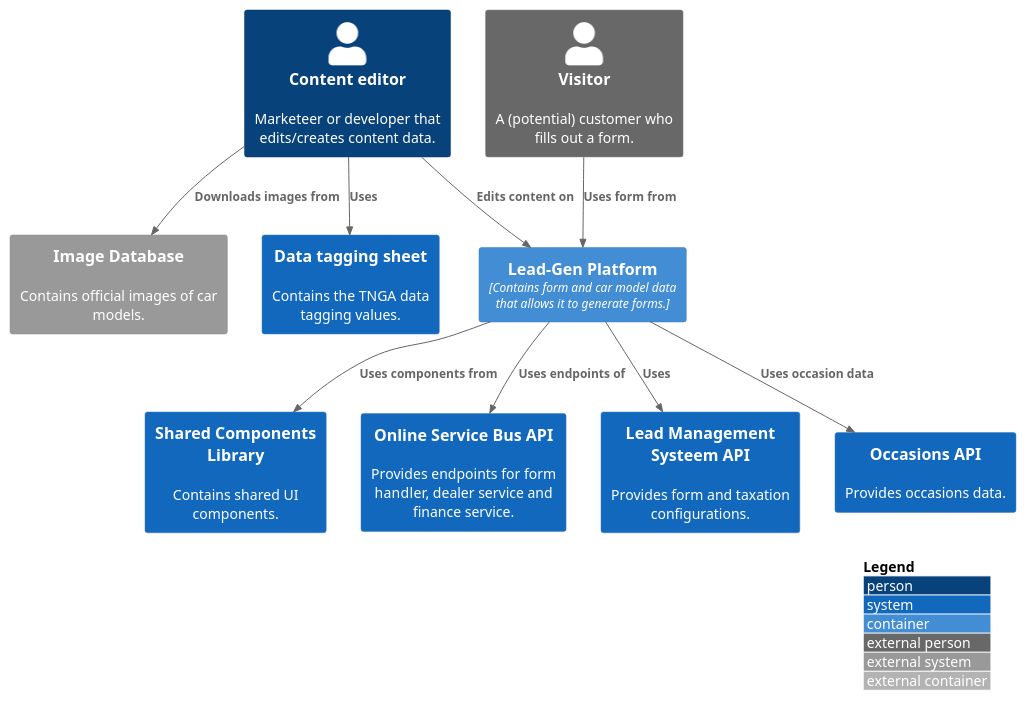
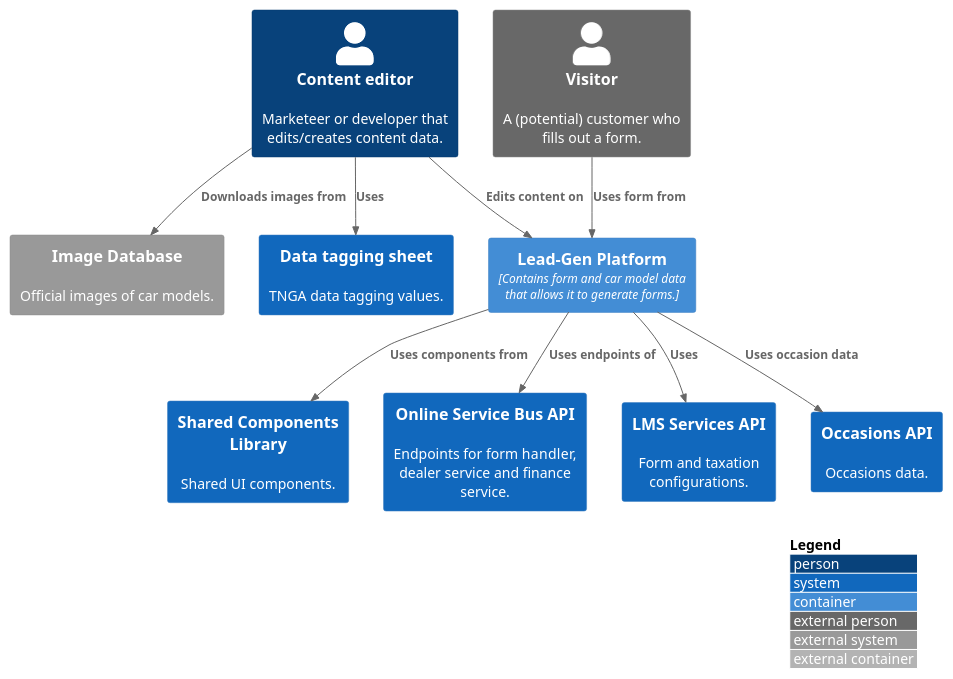
One commit to gitwazzup/lead-gen-c4 changed the diagram in src/context.puml. Above: the diagram before and after it, drawn with PlantUML. The commit also changed 11 other files, not shown here.

```diff
--- a/src/context.puml
+++ b/src/context.puml
@@ -1,25 +1,25 @@
 @startuml
 !include https://raw.githubusercontent.com/adrianvlupu/C4-PlantUML/latest/C4_Context.puml
 !include https://raw.githubusercontent.com/plantuml-stdlib/C4-PlantUML/master/C4_Container.puml
 
 LAYOUT_WITH_LEGEND()
 
 Person(editor, "Content editor", "Marketeer or developer that edits/creates content data.")
 Person_Ext(visitor, "Visitor", "A (potential) customer who fills out a form.")
 Container(leadgen, "Lead-Gen Platform", "Contains form and car model data that allows it to generate forms.")
-System(cmp, "Shared Components Library", "Contains shared UI components.")
-System(osb, "Online Service Bus API", "Provides endpoints for form handler, dealer service and finance service.")
-System(lms, "Lead Management Systeem API", "Provides form and taxation configurations.")
-System(occasions, "Occasions API", "Provides occasions data.")
-System_Ext(img, "Image Database", "Contains official images of car models.")
-System(data, "Data tagging sheet", "Contains the TNGA data tagging values.")
+System(cmp, "Shared Components Library", "Shared UI components.")
+System(osb, "Online Service Bus API", "Endpoints for form handler, dealer service and finance service.")
+System(lms, "LMS Services API", "Form and taxation configurations.")
+System(occasions, "Occasions API", "Occasions data.")
+System_Ext(img, "Image Database", "Official images of car models.")
+System(data, "Data tagging sheet", "TNGA data tagging values.")
 
 Rel(editor, leadgen, "Edits content on")
 Rel(visitor, leadgen, "Uses form from")
 Rel(leadgen, cmp, "Uses components from")
 Rel(leadgen, osb, "Uses endpoints of")
 Rel(leadgen, lms, "Uses")
 Rel(leadgen, occasions, "Uses occasion data")
 Rel(editor, img, "Downloads images from")
 Rel(editor, data, "Uses")
 @enduml
```
